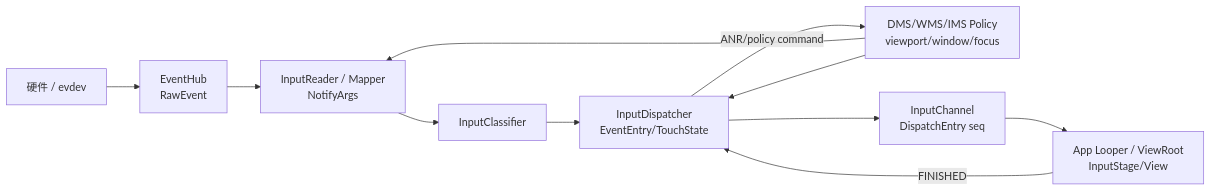
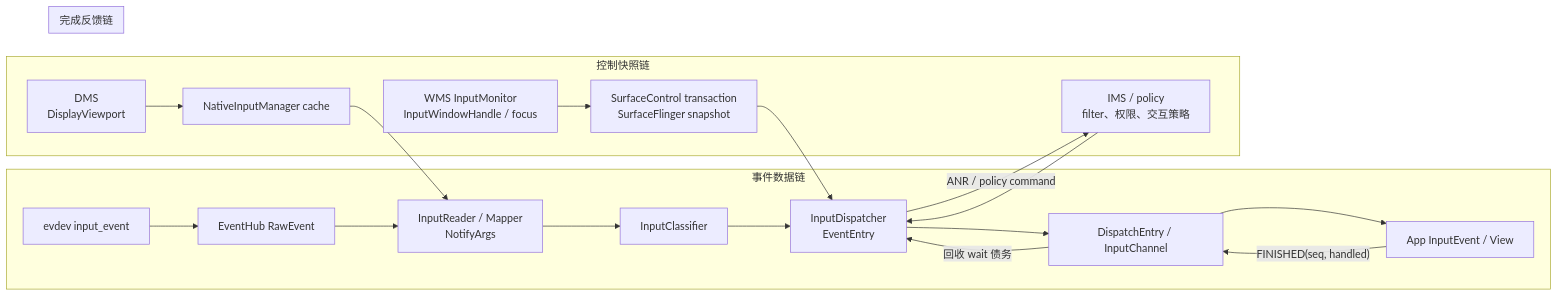
One commit to junyingzhao001/StudyNotes changed the first of 2 diagrams in Android源码学习/199-Android输入系统源码知识地图与综合诊断实战.md. Above: the diagram before and after it, drawn with Mermaid. The commit also changed other lines of this file and 116 other files, not shown here.

````diff
--- a/Android源码学习/199-Android输入系统源码知识地图与综合诊断实战.md
+++ b/Android源码学习/199-Android输入系统源码知识地图与综合诊断实战.md
@@ -12,13 +103,25 @@
 ```mermaid
 flowchart LR
-  HW["硬件 / evdev"] --> EH["EventHub\nRawEvent"]
-  EH --> IR["InputReader / Mapper\nNotifyArgs"]
-  POL["DMS/WMS/IMS Policy\nviewport/window/focus"] --> IR
-  IR --> IC["InputClassifier"]
-  IC --> ID["InputDispatcher\nEventEntry/TouchState"]
-  POL --> ID
-  ID --> CH["InputChannel\nDispatchEntry seq"]
-  CH --> APP["App Looper / ViewRoot\nInputStage/View"]
-  APP -->|"FINISHED"| ID
-  ID -->|"ANR/policy command"| POL
+    subgraph D["事件数据链"]
+        K["evdev input_event"] --> E["EventHub RawEvent"]
+        E --> R["InputReader / Mapper\nNotifyArgs"]
+        R --> C["InputClassifier"]
+        C --> Q["InputDispatcher\nEventEntry"]
+        Q --> T["DispatchEntry / InputChannel"]
+        T --> A["App InputEvent / View"]
+    end
+
+    subgraph S["控制快照链"]
+        DM["DMS\nDisplayViewport"] --> NR["NativeInputManager cache"]
+        NR --> R
+        WM["WMS InputMonitor\nInputWindowHandle / focus"] --> SF["SurfaceControl transaction\nSurfaceFlinger snapshot"]
+        SF --> Q
+        P["IMS / policy\nfilter、权限、交互策略"] --> Q
+    end
+
+    subgraph F["完成反馈链"]
+        A -->|"FINISHED(seq, handled)"| T
+        T -->|"回收 wait 债务"| Q
+        Q -->|"ANR / policy command"| P
+    end
 ```
````
